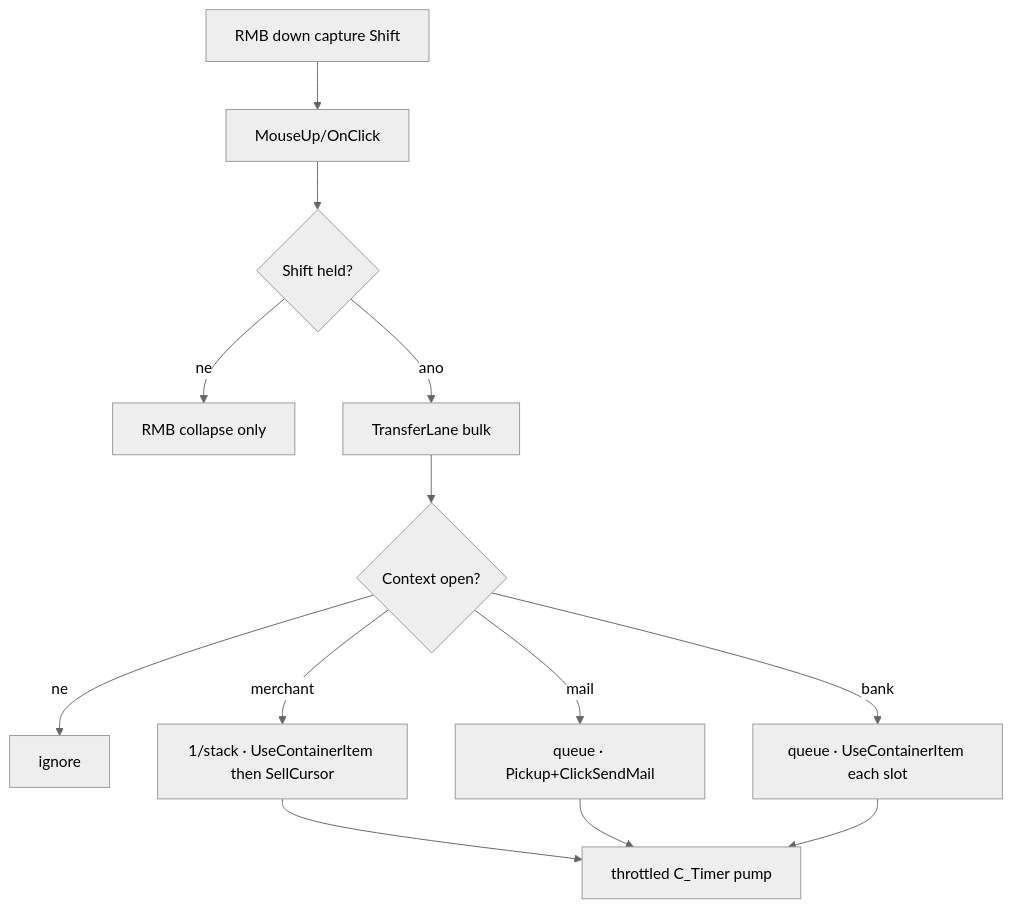
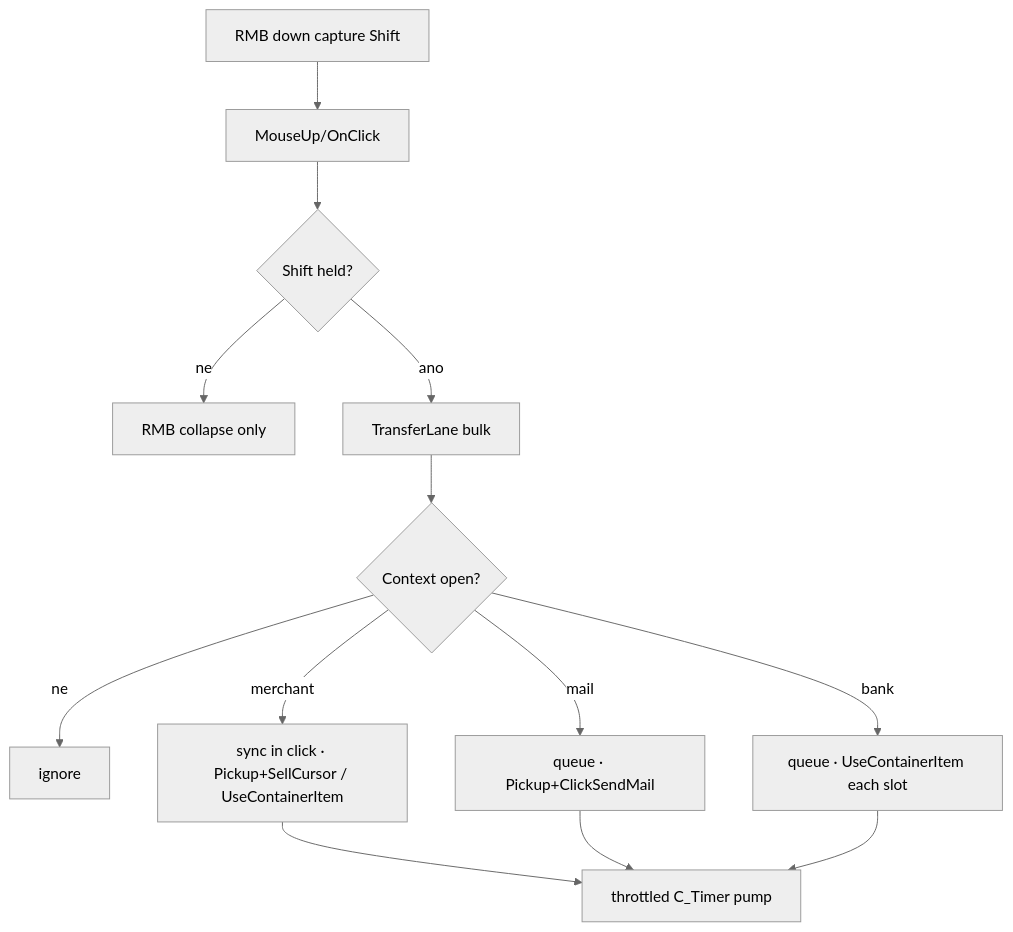
One commit to sirTurbisCZ/wow-forever-addons changed the fifth of 8 diagrams in addons/BetterBackpack/Docs/loops.md. Above: the diagram before and after it, drawn with Mermaid (neutral theme). The commit also changed 4 other files, not shown here.

First line of the commit message:
fix(BetterBackpack): 0.5.83 sync merchant bulk in hardware click

````diff
--- a/addons/BetterBackpack/Docs/loops.md
+++ b/addons/BetterBackpack/Docs/loops.md
@@ -141,15 +141,15 @@
 ```mermaid
 flowchart TD
   Down[RMB down capture Shift] --> Up[MouseUp/OnClick]
   Up --> Shift{Shift held?}
   Shift -->|ne| Collapse[RMB collapse only]
   Shift -->|ano| RMB[TransferLane bulk]
   RMB --> Ctx{Context open?}
   Ctx -->|ne| Noop[ignore]
-  Ctx -->|merchant| Sell[1/stack · UseContainerItem then SellCursor]
+  Ctx -->|merchant| Sell[sync in click · Pickup+SellCursor / UseContainerItem]
   Ctx -->|mail| Mail[queue · Pickup+ClickSendMail]
   Ctx -->|bank| Bank[queue · UseContainerItem each slot]
   Sell --> Pump[throttled C_Timer pump]
   Mail --> Pump
   Bank --> Pump
 ```
````
